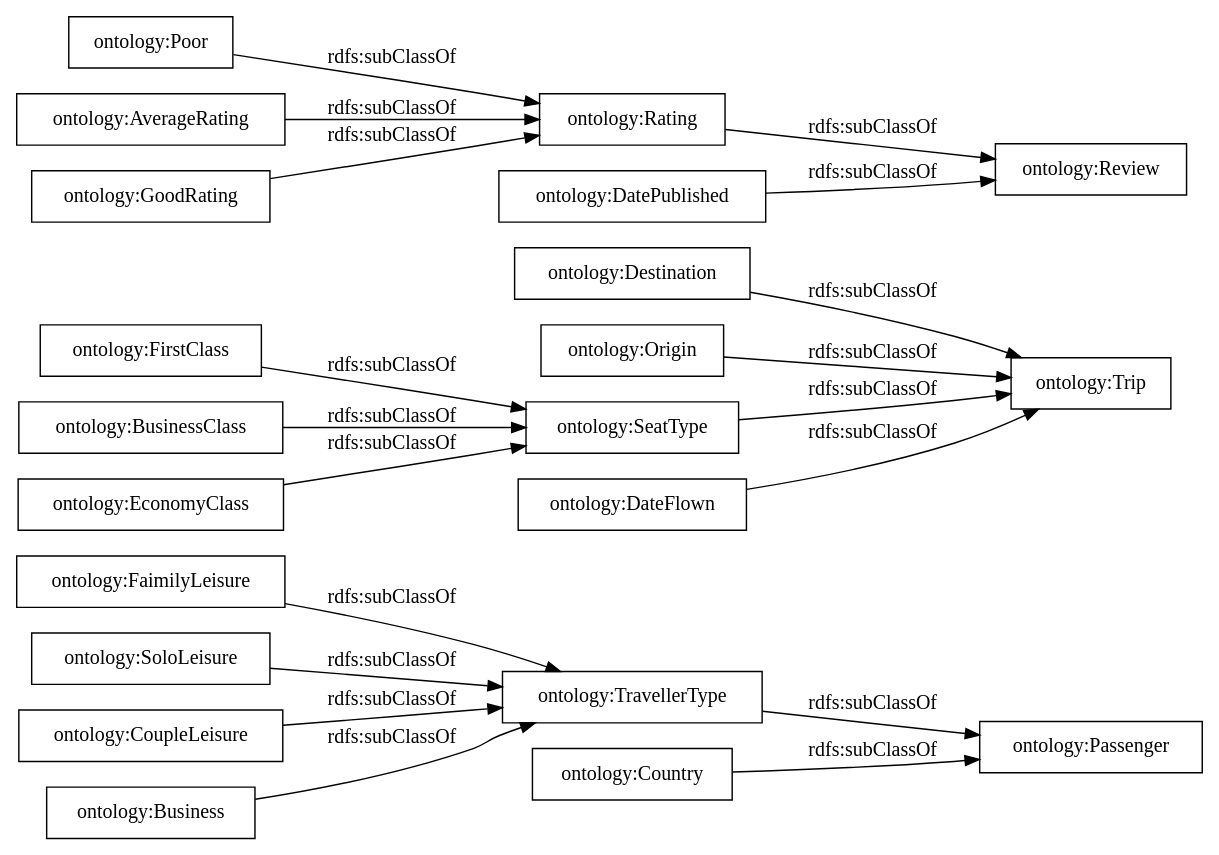
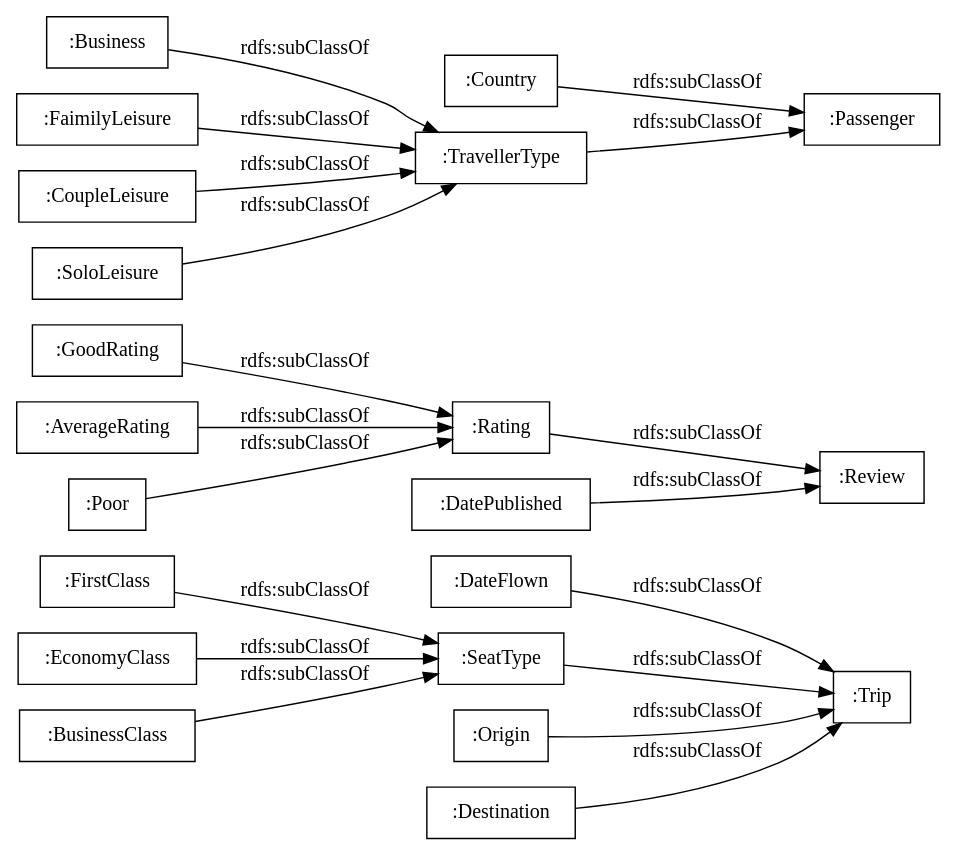
One commit to Violetaaa/RC-PEC2 changed the diagram in OnToology/ontology.ttl/diagrams/ar2dtool-taxonomy/ontology.ttl.png.dot. Above: the diagram before and after it, drawn with Graphviz. The commit also changed 12 other files, not shown here.

```diff
--- a/OnToology/ontology.ttl/diagrams/ar2dtool-taxonomy/ontology.ttl.png.dot
+++ b/OnToology/ontology.ttl/diagrams/ar2dtool-taxonomy/ontology.ttl.png.dot
@@ -1,24 +1,24 @@
 digraph ar2dtool_diagram { 
 rankdir=LR;
 size="1000"
-node [shape = rectangle, color="black"]; "ontology:FaimilyLeisure" "ontology:SoloLeisure" "ontology:Destination" "ontology:FirstClass" "ontology:BusinessClass" "ontology:Poor" "ontology:Origin" "ontology:EconomyClass" "ontology:DatePublished" "ontology:CoupleLeisure" "ontology:Trip" "ontology:AverageRating" "ontology:Review" "ontology:SeatType" "ontology:TravellerType" "ontology:Passenger" "ontology:DateFlown" "ontology:Business" "ontology:Rating" "ontology:Country" "ontology:GoodRating" ; /*classes style*/
-	"ontology:AverageRating" -> "ontology:Rating" [ label = "rdfs:subClassOf" ];
-	"ontology:BusinessClass" -> "ontology:SeatType" [ label = "rdfs:subClassOf" ];
-	"ontology:Country" -> "ontology:Passenger" [ label = "rdfs:subClassOf" ];
-	"ontology:GoodRating" -> "ontology:Rating" [ label = "rdfs:subClassOf" ];
-	"ontology:DatePublished" -> "ontology:Review" [ label = "rdfs:subClassOf" ];
-	"ontology:FaimilyLeisure" -> "ontology:TravellerType" [ label = "rdfs:subClassOf" ];
-	"ontology:Origin" -> "ontology:Trip" [ label = "rdfs:subClassOf" ];
-	"ontology:SoloLeisure" -> "ontology:TravellerType" [ label = "rdfs:subClassOf" ];
-	"ontology:CoupleLeisure" -> "ontology:TravellerType" [ label = "rdfs:subClassOf" ];
-	"ontology:EconomyClass" -> "ontology:SeatType" [ label = "rdfs:subClassOf" ];
-	"ontology:Business" -> "ontology:TravellerType" [ label = "rdfs:subClassOf" ];
-	"ontology:FirstClass" -> "ontology:SeatType" [ label = "rdfs:subClassOf" ];
-	"ontology:Rating" -> "ontology:Review" [ label = "rdfs:subClassOf" ];
-	"ontology:Destination" -> "ontology:Trip" [ label = "rdfs:subClassOf" ];
-	"ontology:TravellerType" -> "ontology:Passenger" [ label = "rdfs:subClassOf" ];
-	"ontology:DateFlown" -> "ontology:Trip" [ label = "rdfs:subClassOf" ];
-	"ontology:Poor" -> "ontology:Rating" [ label = "rdfs:subClassOf" ];
-	"ontology:SeatType" -> "ontology:Trip" [ label = "rdfs:subClassOf" ];
+node [shape = rectangle, color="black"]; ":DateFlown" ":GoodRating" ":SeatType" ":Origin" ":Country" ":FirstClass" ":Trip" ":TravellerType" ":Destination" ":Business" ":EconomyClass" ":FaimilyLeisure" ":CoupleLeisure" ":AverageRating" ":SoloLeisure" ":Rating" ":Review" ":Poor" ":Passenger" ":DatePublished" ":BusinessClass" ; /*classes style*/
+	":FirstClass" -> ":SeatType" [ label = "rdfs:subClassOf" ];
+	":Business" -> ":TravellerType" [ label = "rdfs:subClassOf" ];
+	":Rating" -> ":Review" [ label = "rdfs:subClassOf" ];
+	":FaimilyLeisure" -> ":TravellerType" [ label = "rdfs:subClassOf" ];
+	":AverageRating" -> ":Rating" [ label = "rdfs:subClassOf" ];
+	":BusinessClass" -> ":SeatType" [ label = "rdfs:subClassOf" ];
+	":DateFlown" -> ":Trip" [ label = "rdfs:subClassOf" ];
+	":DatePublished" -> ":Review" [ label = "rdfs:subClassOf" ];
+	":SoloLeisure" -> ":TravellerType" [ label = "rdfs:subClassOf" ];
+	":CoupleLeisure" -> ":TravellerType" [ label = "rdfs:subClassOf" ];
+	":Poor" -> ":Rating" [ label = "rdfs:subClassOf" ];
+	":TravellerType" -> ":Passenger" [ label = "rdfs:subClassOf" ];
+	":Origin" -> ":Trip" [ label = "rdfs:subClassOf" ];
+	":Country" -> ":Passenger" [ label = "rdfs:subClassOf" ];
+	":Destination" -> ":Trip" [ label = "rdfs:subClassOf" ];
+	":GoodRating" -> ":Rating" [ label = "rdfs:subClassOf" ];
+	":SeatType" -> ":Trip" [ label = "rdfs:subClassOf" ];
+	":EconomyClass" -> ":SeatType" [ label = "rdfs:subClassOf" ];
 
 }
```
